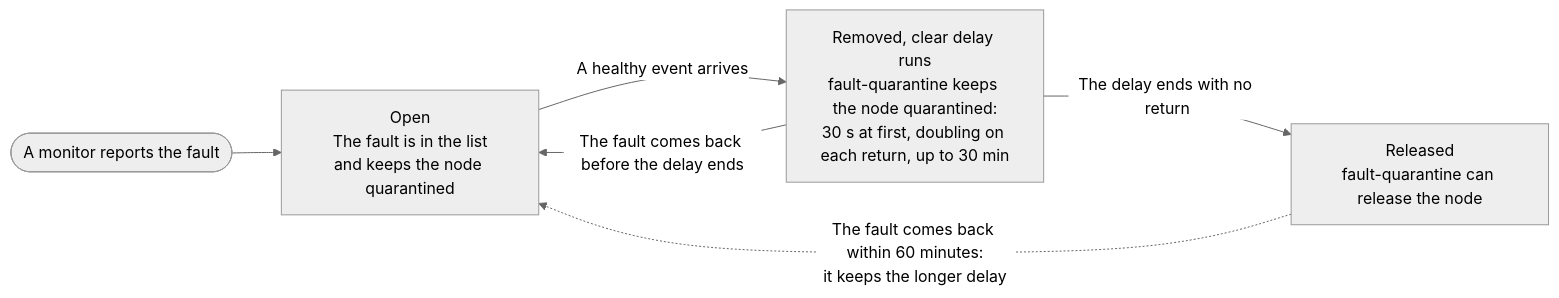
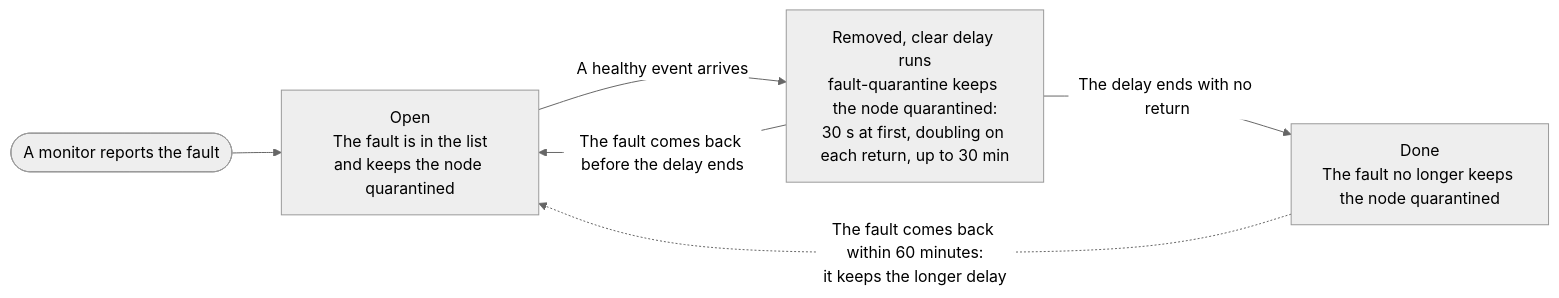
Before and after one commit to KaivalyaMDabhadkar/NVSentinel: the third of 3 diagrams in docs/designs/063-nodehealth-remediation-without-a-database.md, drawn with Mermaid (neutral theme). The commit also changed other lines of this file, not shown here.

````diff
--- a/docs/designs/063-nodehealth-remediation-without-a-database.md
+++ b/docs/designs/063-nodehealth-remediation-without-a-database.md
@@ -256,8 +256,8 @@
 ```mermaid
 flowchart LR
   report(["A monitor reports the fault"]) --> open["Open<br/>The fault is in the list<br/>and keeps the node quarantined"]
   open -->|"A healthy event arrives"| delay["Removed, clear delay runs<br/>fault-quarantine keeps the node quarantined:<br/>30 s at first, doubling on each return, up to 30 min"]
   delay -->|"The fault comes back before the delay ends"| open
-  delay -->|"The delay ends with no return"| released["Released<br/>fault-quarantine can release the node"]
+  delay -->|"The delay ends with no return"| released["Done<br/>The fault no longer keeps the node quarantined"]
   released -.->|"The fault comes back within 60 minutes:<br/>it keeps the longer delay"| open
 ```
````
